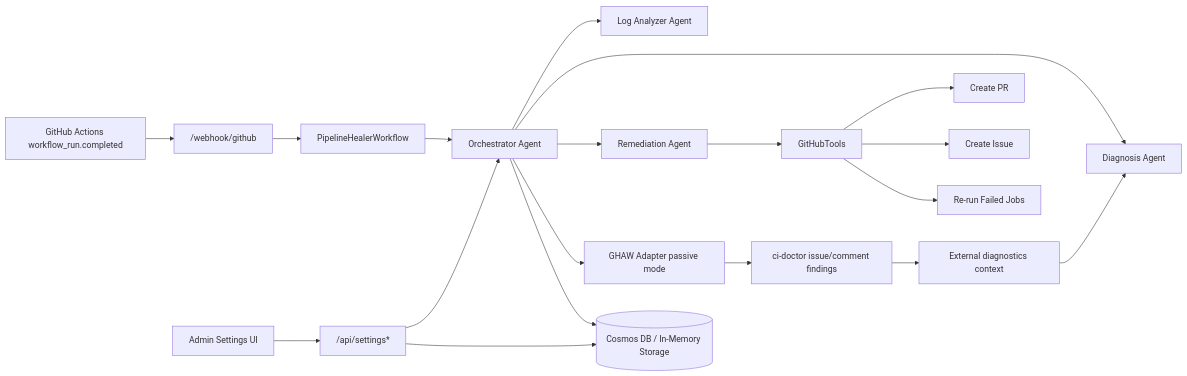
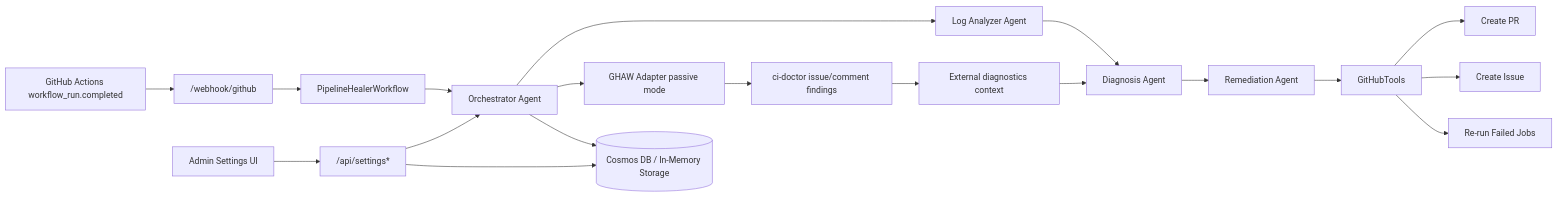
One commit to Canepro/pipelinehealer changed the diagram in README.md. Above: the diagram before and after it, drawn with Mermaid. The commit also changed other lines of this file, not shown here.

Commit message:
docs: align README diagrams with orchestrator flow

````diff
--- a/README.md
+++ b/README.md
@@ -160,21 +160,21 @@
 ```mermaid
 flowchart LR
     GH[GitHub Actions workflow_run.completed] --> WH["/webhook/github"]
     WH --> WF[PipelineHealerWorkflow]
     WF --> OR[Orchestrator Agent]
     OR --> LA[Log Analyzer Agent]
-    OR --> DG[Diagnosis Agent]
-    OR --> RM[Remediation Agent]
+    LA --> DG[Diagnosis Agent]
+    DG --> RM[Remediation Agent]
     RM --> GT[GitHubTools]
     GT --> PR[Create PR]
     GT --> IS[Create Issue]
     GT --> RR[Re-run Failed Jobs]
     OR --> ADP[GHAW Adapter passive mode]
     ADP --> CD[ci-doctor issue/comment findings]
     CD --> EXT[External diagnostics context]
     EXT --> DG
     OR --> ST[(Cosmos DB / In-Memory Storage)]
     UI[Admin Settings UI] --> API["/api/settings*"]
     API --> OR
     API --> ST
 ```
````
